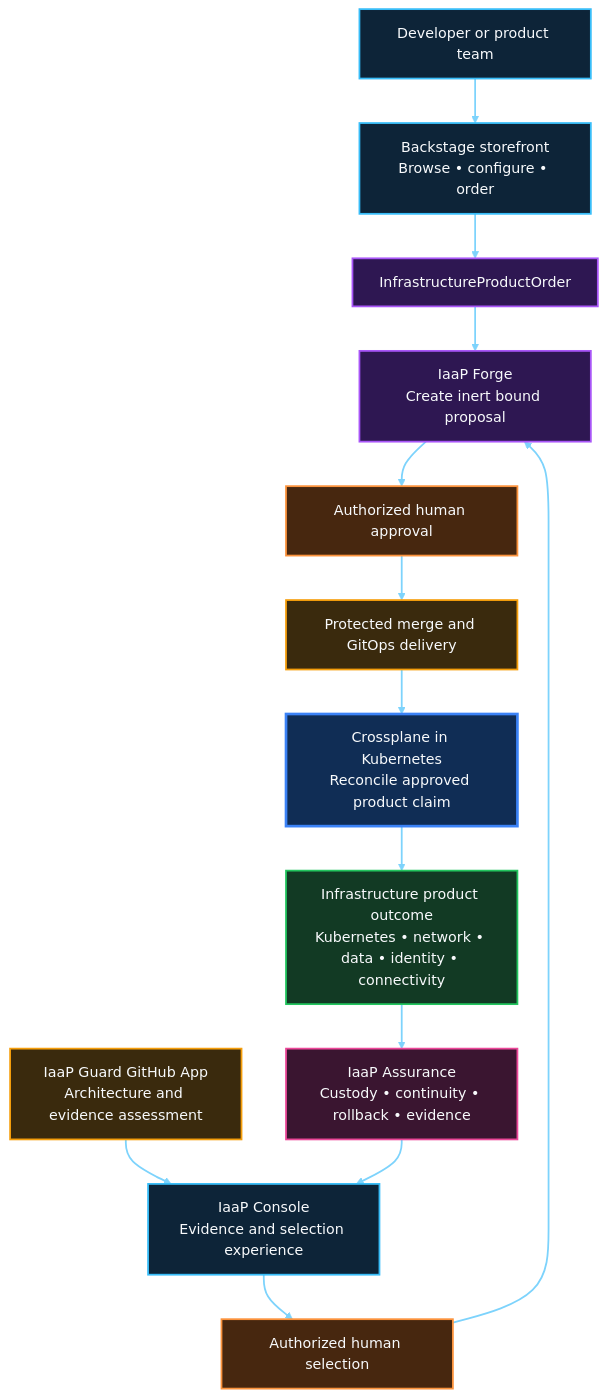
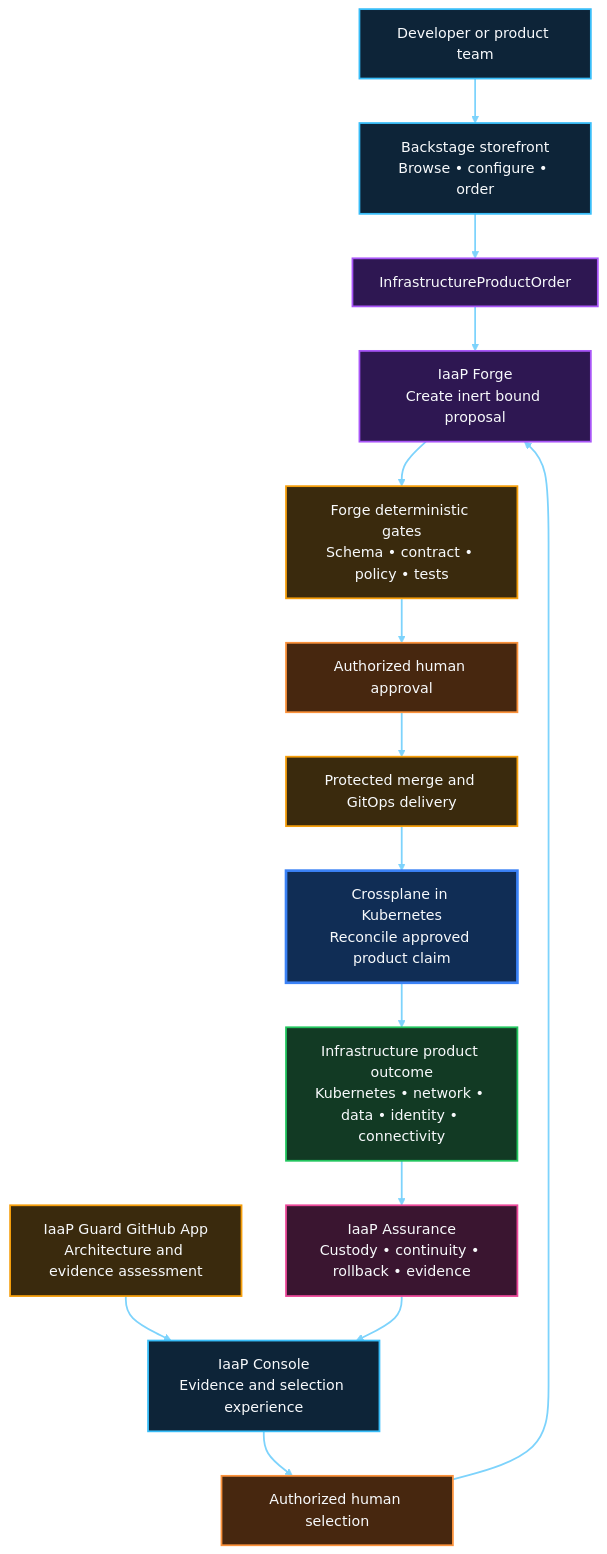
One commit to InfrastructureProductWorks/ai-powered-infrastructure-as-a-product changed the first of 5 diagrams in docs/PRODUCT-ARCHITECTURE.md. Above: the diagram before and after it, drawn with Mermaid. The commit also changed other lines of this file, not shown here.

Commit message:
docs: restore deterministic Forge gate

````diff
--- a/docs/PRODUCT-ARCHITECTURE.md
+++ b/docs/PRODUCT-ARCHITECTURE.md
@@ -10,45 +10,47 @@
 ```mermaid
 flowchart TB
   DEV["Developer or product team"]
   STORE["Backstage storefront<br/>Browse • configure • order"]
   ORDER["InfrastructureProductOrder"]
   GUARD["IaaP Guard GitHub App<br/>Architecture and evidence assessment"]
   CONSOLE["IaaP Console<br/>Evidence and selection experience"]
   SELECT["Authorized human selection"]
   FORGE["IaaP Forge<br/>Create inert bound proposal"]
+  VALIDATE["Forge deterministic gates<br/>Schema • contract • policy • tests"]
   APPROVE["Authorized human approval"]
   DELIVERY["Protected merge and GitOps delivery"]
   CONTROL["Crossplane in Kubernetes<br/>Reconcile approved product claim"]
   OUTCOME["Infrastructure product outcome<br/>Kubernetes • network • data • identity • connectivity"]
   ASSURE["IaaP Assurance<br/>Custody • continuity • rollback • evidence"]
 
   DEV --> STORE
   STORE --> ORDER
   GUARD --> CONSOLE
   CONSOLE --> SELECT
   ORDER --> FORGE
   SELECT --> FORGE
-  FORGE --> APPROVE
+  FORGE --> VALIDATE
+  VALIDATE --> APPROVE
   APPROVE --> DELIVERY
   DELIVERY --> CONTROL
   CONTROL --> OUTCOME
   OUTCOME --> ASSURE
   ASSURE --> CONSOLE
 
   classDef experience fill:#0D2438,stroke:#38BDF8,stroke-width:2px,color:#F8FAFC
   classDef product fill:#2E1752,stroke:#A855F7,stroke-width:2px,color:#F8FAFC
   classDef governance fill:#3A2A0D,stroke:#F59E0B,stroke-width:2px,color:#F8FAFC
   classDef human fill:#47270F,stroke:#FB923C,stroke-width:2px,color:#F8FAFC
   classDef control fill:#102D55,stroke:#3B82F6,stroke-width:3px,color:#F8FAFC
   classDef outcome fill:#123A24,stroke:#22C55E,stroke-width:2px,color:#F8FAFC
   classDef evidence fill:#3A1530,stroke:#EC4899,stroke-width:2px,color:#F8FAFC
   class DEV,STORE,CONSOLE experience
   class ORDER,FORGE product
-  class GUARD governance
+  class GUARD,VALIDATE governance
   class SELECT,APPROVE human
   class DELIVERY governance
   class CONTROL control
   class OUTCOME outcome
   class ASSURE evidence
   linkStyle default stroke:#7DD3FC,stroke-width:2px
 ```
````
